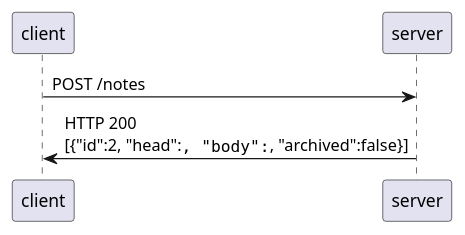
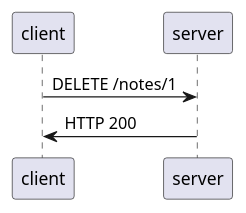
Before and after one commit to EvilKhaosKat/notes-sharing: the eighth of 8 diagrams in docs/notes_sharing.org, drawn with PlantUML. The commit also changed other lines of this file and 6 other files, not shown here.

Commit message:
NS-8 Put/delete notes api docs

```diff
--- a/docs/notes_sharing.org
+++ b/docs/notes_sharing.org
@@ -55,4 +72,4 @@
- #+BEGIN_SRC plantuml :file images/notes/post_create_new_positive.png
-   client -> server: POST /notes
-   server -> client: HTTP 200\n[{"id":2, "head":"", "body":"", "archived":false}]
+ #+BEGIN_SRC plantuml :file images/notes/post_delete_positive.png
+   client -> server: DELETE /notes/1
+   server -> client: HTTP 200
  #+END_SRC
```
